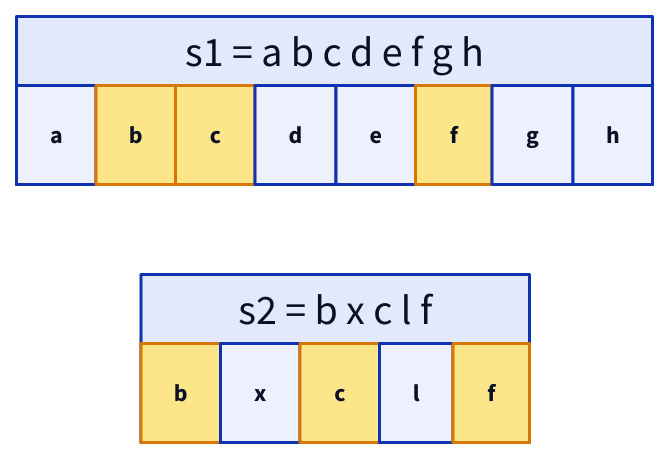
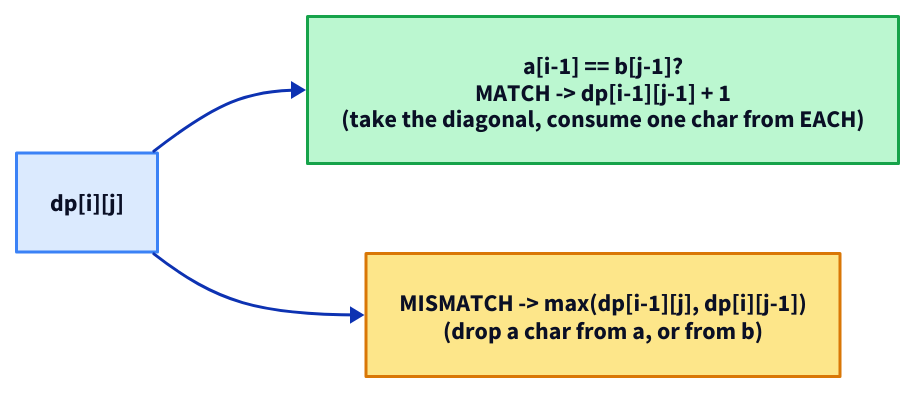
The diagram in content/cortex/data-structures-and-algorithms/05-algorithms-by-strategy/05-dynamic-programming/03-longest-common-subsequence.md (ani2fun/codefolio), drawn with D2 before and after one commit. The commit also changed other lines of this file and 1049 other files, not shown here.

````diff
--- a/content/cortex/data-structures-and-algorithms/05-algorithms-by-strategy/05-dynamic-programming/03-longest-common-subsequence.md
+++ b/content/cortex/data-structures-and-algorithms/05-algorithms-by-strategy/05-dynamic-programming/03-longest-common-subsequence.md
@@ -28,26 +58,8 @@
 ```d2
 direction: right
-s1: "s1 = a b c d e f g h" {
-  grid-rows: 1
-  grid-columns: 8
-  grid-gap: 0
-  c0: "a"
-  c1: "b" {style.fill: "#fde68a"; style.stroke: "#d97706"}
-  c2: "c" {style.fill: "#fde68a"; style.stroke: "#d97706"}
-  c3: "d"
-  c4: "e"
-  c5: "f" {style.fill: "#fde68a"; style.stroke: "#d97706"}
-  c6: "g"
-  c7: "h"
-}
-s2: "s2 = b x c l f" {
-  grid-rows: 1
-  grid-columns: 5
-  grid-gap: 0
-  c0: "b" {style.fill: "#fde68a"; style.stroke: "#d97706"}
-  c1: "x"
-  c2: "c" {style.fill: "#fde68a"; style.stroke: "#d97706"}
-  c3: "l"
-  c4: "f" {style.fill: "#fde68a"; style.stroke: "#d97706"}
-}
+cell: "dp[i][j]" {style.fill: "#dbeafe"; style.stroke: "#3b82f6"}
+match: "a[i-1] == b[j-1]?\nMATCH -> dp[i-1][j-1] + 1\n(take the diagonal, consume one char from EACH)" {style.fill: "#bbf7d0"; style.stroke: "#16a34a"}
+mismatch: "MISMATCH -> max(dp[i-1][j], dp[i][j-1])\n(drop a char from a, or from b)" {style.fill: "#fde68a"; style.stroke: "#d97706"}
+cell -> match
+cell -> mismatch
 ```
````
